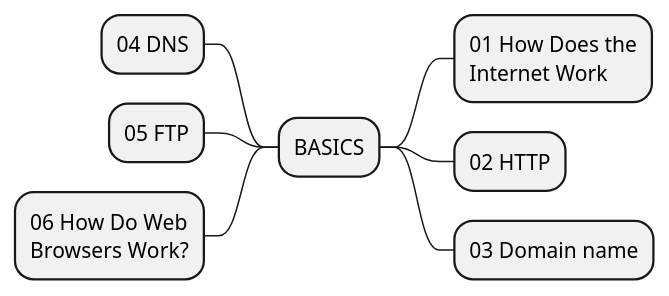
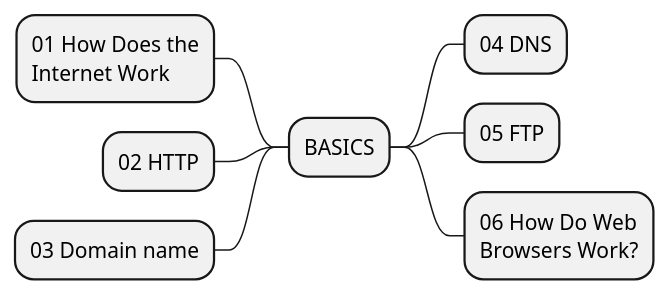
The diagram in diagrams/01-basics.iuml (mrPronin/edu-web), drawn with PlantUML before and after one commit. The commit also changed 10 other files, not shown here.

```diff
--- a/diagrams/01-basics.iuml
+++ b/diagrams/01-basics.iuml
@@ -1,17 +1,17 @@
 @startmindmap BASICS
 <style>
 node {
     MaximumWidth 150
     HorizontalAlignment left
 }
 </style>
 
 +  BASICS
-++ 01 How Does the Internet Work
-++ 02 HTTP
-++ 03 Domain name
--- 04 DNS
--- 05 FTP
--- 06 How Do Web Browsers Work?
+-- 01 How Does the Internet Work
+-- 02 HTTP
+-- 03 Domain name
+++ 04 DNS
+++ 05 FTP
+++ 06 How Do Web Browsers Work?
 
 @endmindmap
```
